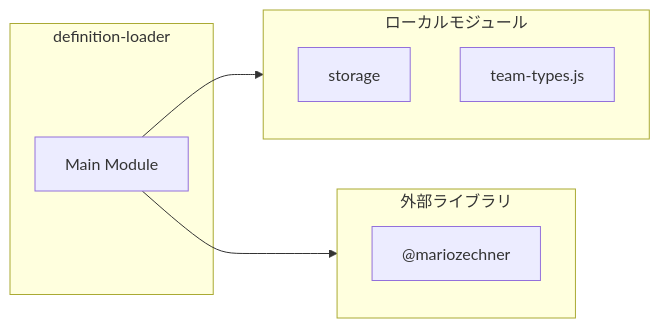
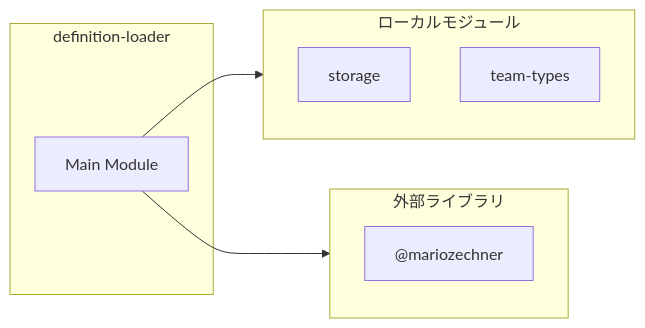
Before and after one commit to Mekann2904/mekann: the first of 3 diagrams in ABDD/.pi/extensions/agent-teams/definition-loader.md, drawn with Mermaid. The commit also changed other lines of this file and 174 other files, not shown here.

First line of the commit message:
fix(docs): ABDDのMermaid図生成エラーを修正する

````diff
--- a/ABDD/.pi/extensions/agent-teams/definition-loader.md
+++ b/ABDD/.pi/extensions/agent-teams/definition-loader.md
@@ -42,16 +42,16 @@
 ```mermaid
 flowchart LR
   subgraph this[definition-loader]
     main[Main Module]
   end
   subgraph local[ローカルモジュール]
     storage["storage"]
     storage["storage"]
-    team_types_js["team-types.js"]
+    team_types["team-types"]
   end
   main --> local
   subgraph external[外部ライブラリ]
     _mariozechner["@mariozechner"]
   end
   main --> external
 ```
````
